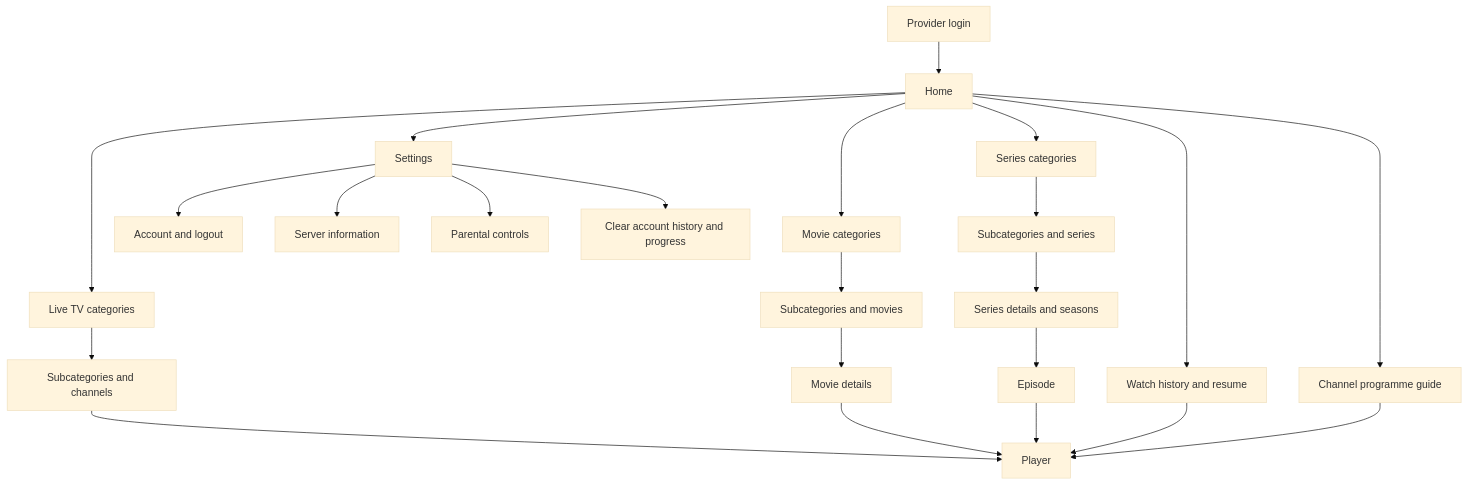
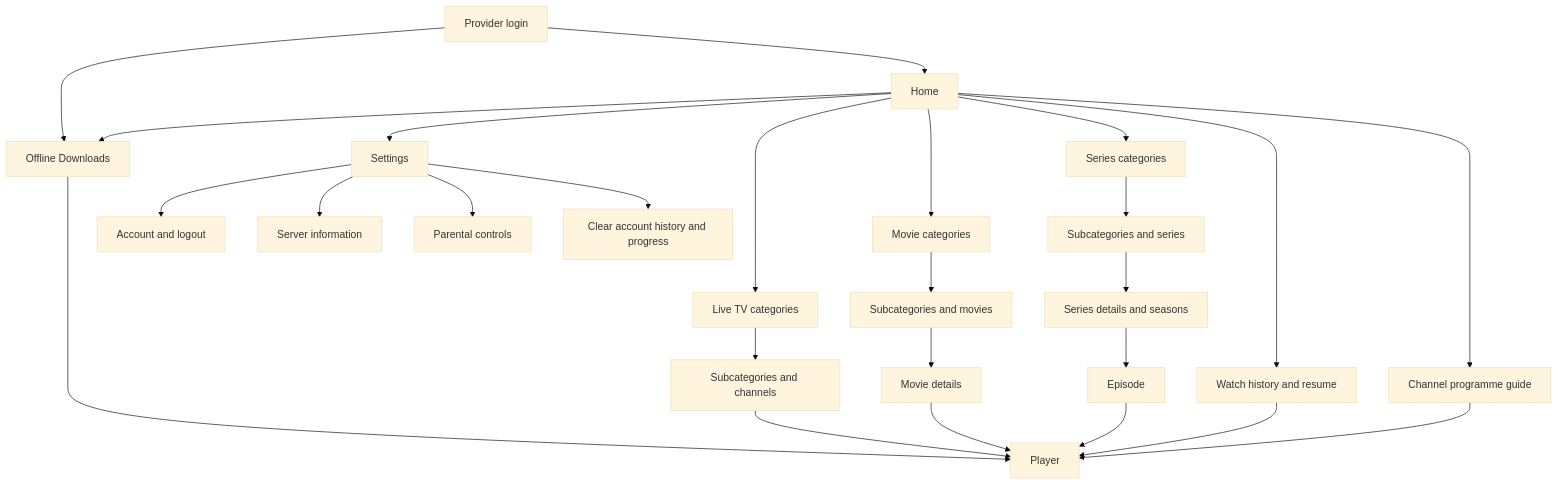
One commit to AntoCanza/iptv-receiver changed the second of 2 diagrams in docs/ARCHITECTURE.md. Above: the diagram before and after it, drawn with Mermaid (base theme). The commit also changed other lines of this file and 48 other files, not shown here.

Commit message:
Add offline downloads and publish user documentation

````diff
--- a/docs/ARCHITECTURE.md
+++ b/docs/ARCHITECTURE.md
@@ -140,25 +140,28 @@
 ```mermaid
 flowchart TD
     Login[Provider login] --> Home[Home]
     Home --> Live[Live TV categories]
     Home --> Movies[Movie categories]
     Home --> Series[Series categories]
     Home --> Guide[Channel programme guide]
     Home --> History[Watch history and resume]
+    Login --> Downloads[Offline Downloads]
+    Home --> Downloads
+    Downloads --> Player
     Home --> Settings[Settings]
     Settings --> Account[Account and logout]
     Settings --> ServerInfo[Server information]
     Settings --> Parental[Parental controls]
     Settings --> Viewing[Clear account history and progress]
     Live --> Channels[Subcategories and channels]
     Movies --> Titles[Subcategories and movies]
     Series --> Shows[Subcategories and series]
     Channels --> Player[Player]
     Titles --> Movie[Movie details]
     Movie --> Player
     Shows --> Seasons[Series details and seasons]
     Seasons --> Episodes[Episode]
     Episodes --> Player
     History --> Player
     Guide --> Player
 ```
````
